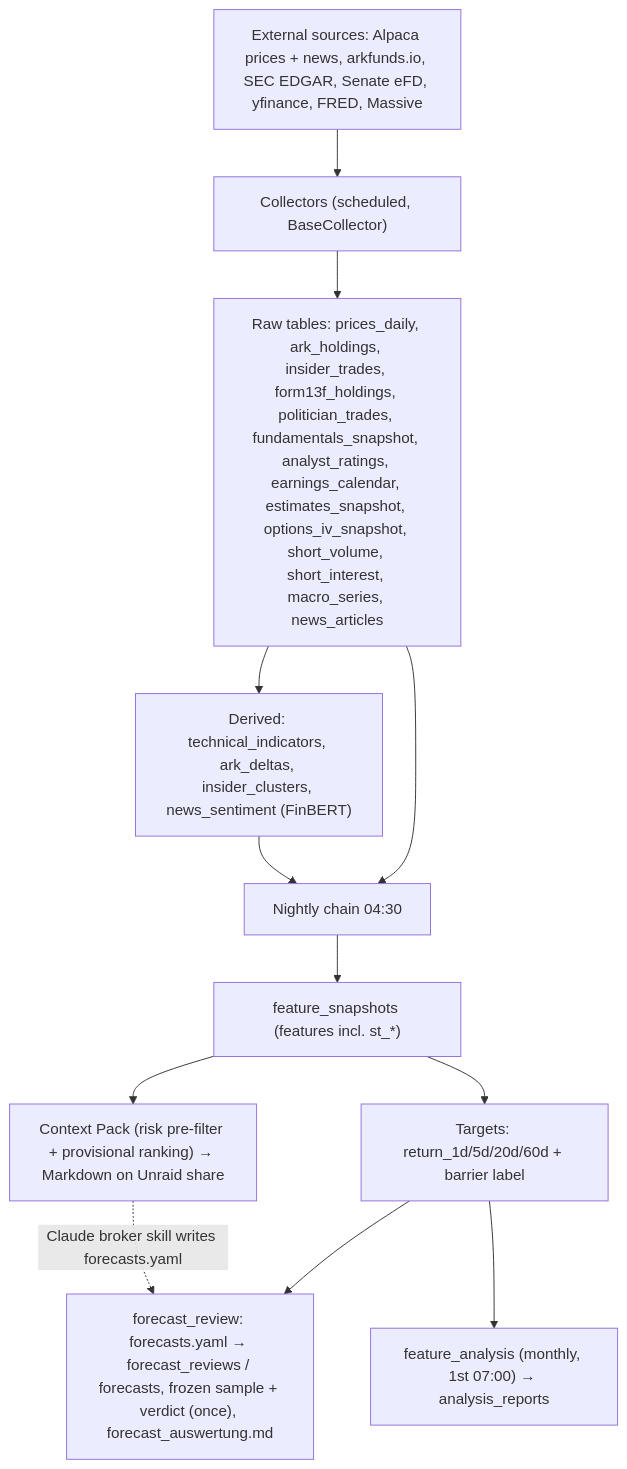
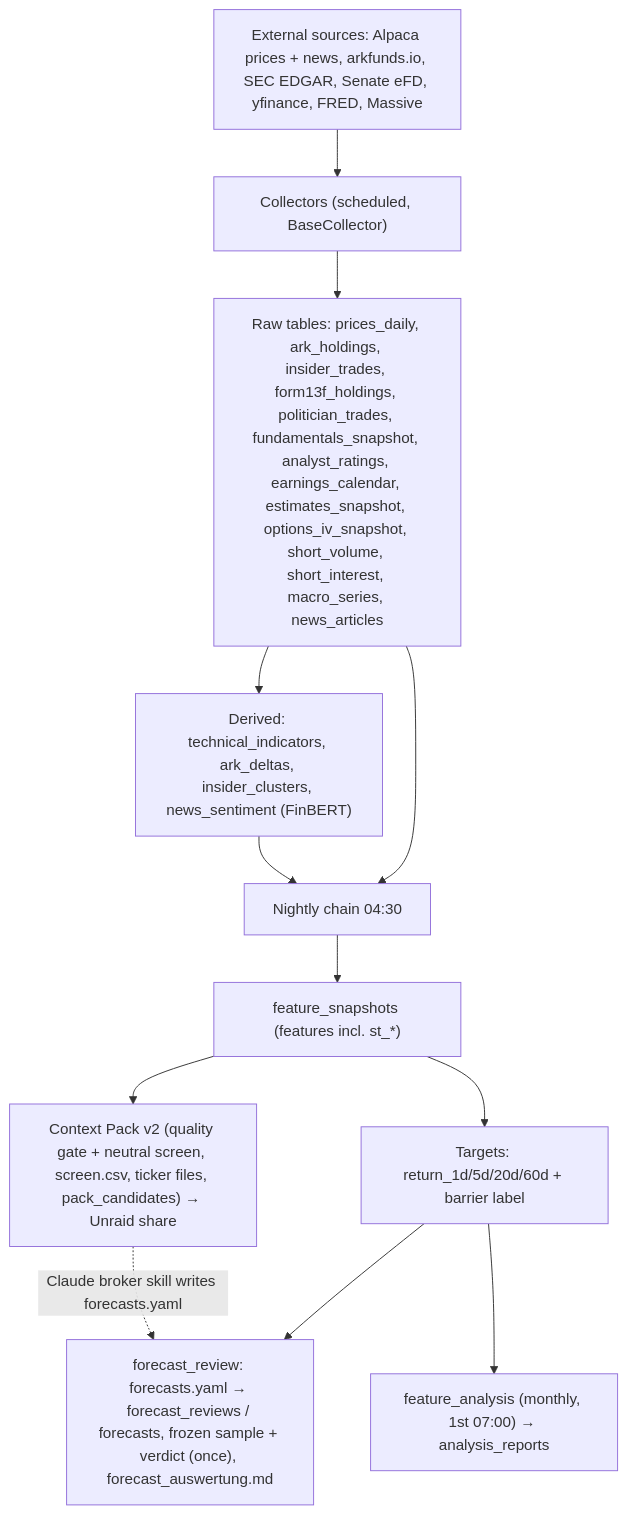
One commit to sebastianganser/Alpaca-Broker changed the first of 2 diagrams in docs/ARCHITECTURE.md. Above: the diagram before and after it, drawn with Mermaid. The commit also changed other lines of this file and 61 other files, not shown here.

First line of the commit message:
feat(context-pack): context pack v2 for strategy-neutral forecasts, forecast sealing (plan step 3)

````diff
--- a/docs/ARCHITECTURE.md
+++ b/docs/ARCHITECTURE.md
@@ -248,14 +251,14 @@
 ```mermaid
 flowchart TD
     SRC["External sources: Alpaca prices + news, arkfunds.io, SEC EDGAR, Senate eFD, yfinance, FRED, Massive"] --> COL["Collectors (scheduled, BaseCollector)"]
     COL --> RAW["Raw tables: prices_daily, ark_holdings, insider_trades, form13f_holdings, politician_trades, fundamentals_snapshot, analyst_ratings, earnings_calendar, estimates_snapshot, options_iv_snapshot, short_volume, short_interest, macro_series, news_articles"]
     RAW --> DER["Derived: technical_indicators, ark_deltas, insider_clusters, news_sentiment (FinBERT)"]
     RAW --> CHAIN
     DER --> CHAIN["Nightly chain 04:30"]
     CHAIN --> FS["feature_snapshots (features incl. st_*)"]
     FS --> TGT["Targets: return_1d/5d/20d/60d + barrier label"]
     TGT --> S2["forecast_review: forecasts.yaml → forecast_reviews / forecasts, frozen sample + verdict (once), forecast_auswertung.md"]
-    FS --> CP["Context Pack (risk pre-filter + provisional ranking) → Markdown on Unraid share"]
+    FS --> CP["Context Pack v2 (quality gate + neutral screen, screen.csv, ticker files, pack_candidates) → Unraid share"]
     CP -. "Claude broker skill writes forecasts.yaml" .-> S2
     TGT --> FA["feature_analysis (monthly, 1st 07:00) → analysis_reports"]
 ```
````
